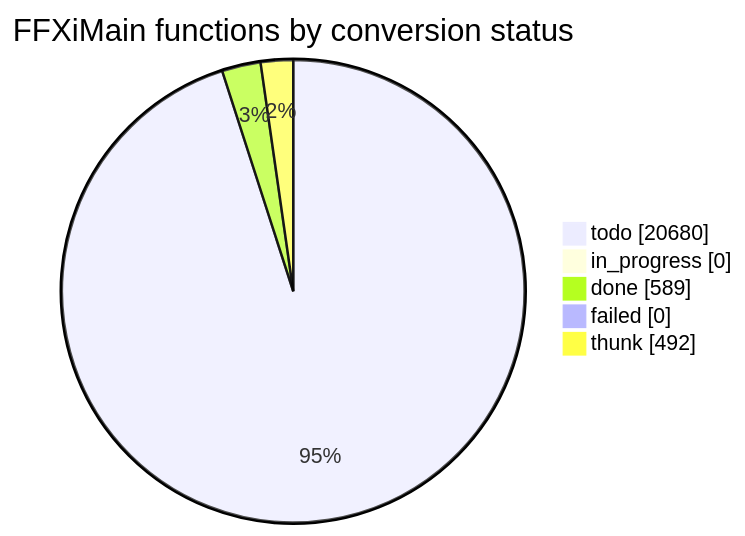
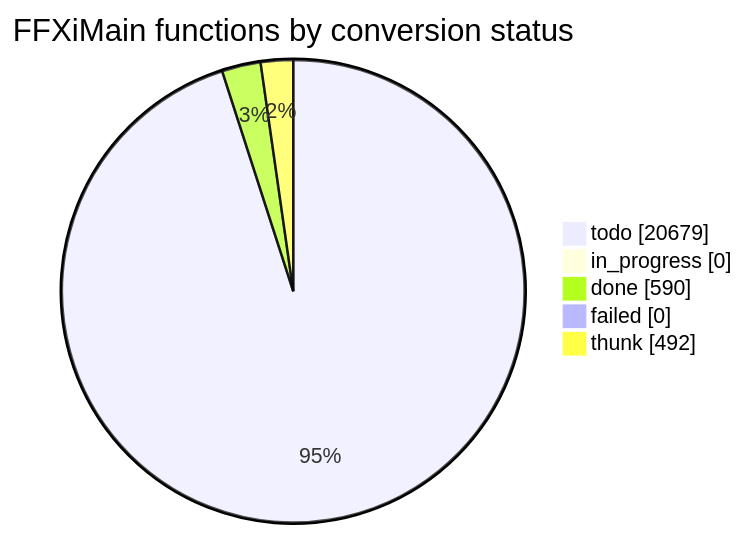
Before and after one commit to cowrevenge/cow_kuluu_xi_anything: the diagram in docs/cow/STATUS.md, drawn with Mermaid. The commit also changed other lines of this file and 9 other files, not shown here.

````diff
--- a/docs/cow/STATUS.md
+++ b/docs/cow/STATUS.md
@@ -18,9 +18,9 @@
 ```mermaid
 pie showData
     title FFXiMain functions by conversion status
-    "todo" : 20680
+    "todo" : 20679
     "in_progress" : 0
-    "done" : 589
+    "done" : 590
     "failed" : 0
     "thunk" : 492
 ```
````
